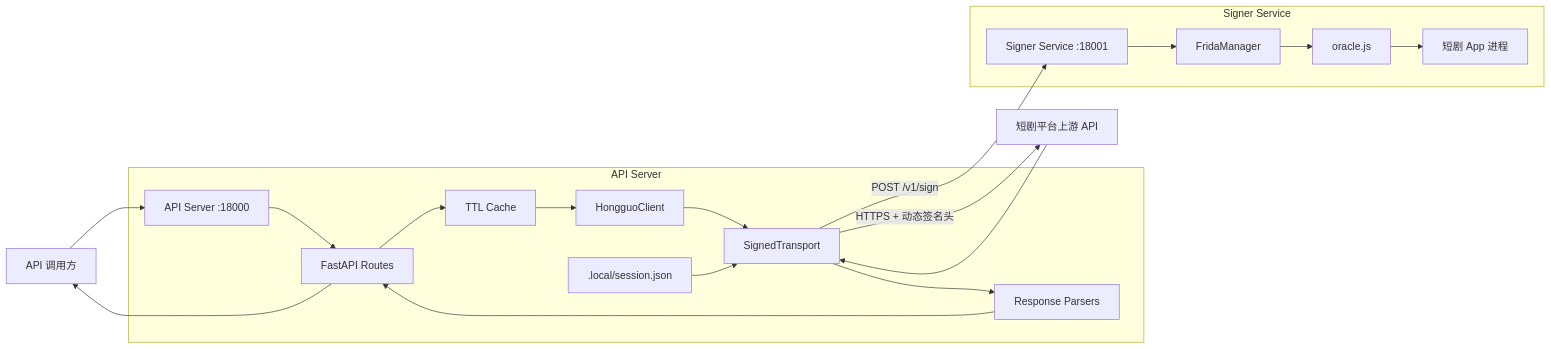
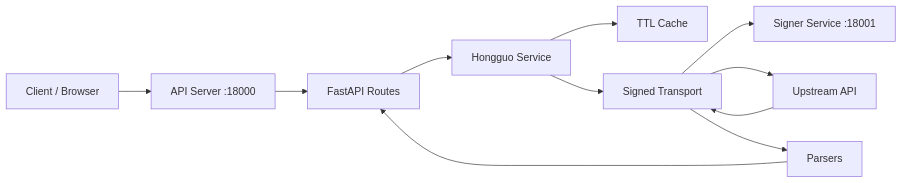
Before and after one commit to LeoCao93/DramaFlux: the diagram in services/api-server/README.md, drawn with Mermaid. The commit also changed other lines of this file and 41 other files, not shown here.

````diff
--- a/services/api-server/README.md
+++ b/services/api-server/README.md
@@ -22,26 +49,13 @@
 ```mermaid
 flowchart LR
-    Caller["API 调用方"] --> API["API Server :18000"]
-
-    subgraph APIService["API Server"]
-        API --> Routes["FastAPI Routes"]
-        Routes --> Cache["TTL Cache"]
-        Cache --> Client["HongguoClient"]
-        Client --> Transport["SignedTransport"]
-        Transport --> Parser["Response Parsers"]
-        Session[".local/session.json"] --> Transport
-    end
-
-    Transport -->|"POST /v1/sign"| Signer["Signer Service :18001"]
-
-    subgraph SignerService["Signer Service"]
-        Signer --> Manager["FridaManager"]
-        Manager --> Oracle["oracle.js"]
-        Oracle --> App["短剧 App 进程"]
-    end
-
-    Transport -->|"HTTPS + 动态签名头"| Upstream["短剧平台上游 API"]
+    Caller["Client / Browser"] --> API["API Server :18000"]
+    API --> Routes["FastAPI Routes"]
+    Routes --> Service["Hongguo Service"]
+    Service --> Cache["TTL Cache"]
+    Service --> Transport["Signed Transport"]
+    Transport --> Signer["Signer Service :18001"]
+    Transport --> Upstream["Upstream API"]
     Upstream --> Transport
+    Transport --> Parser["Parsers"]
     Parser --> Routes
-    Routes --> Caller
 ```
````
